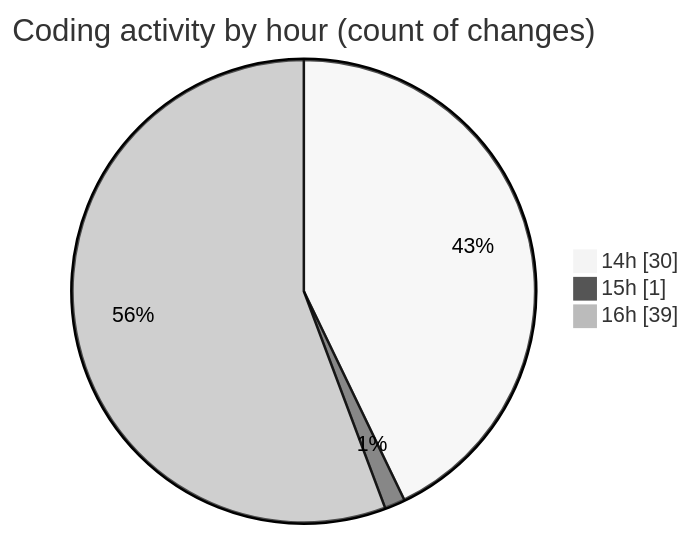
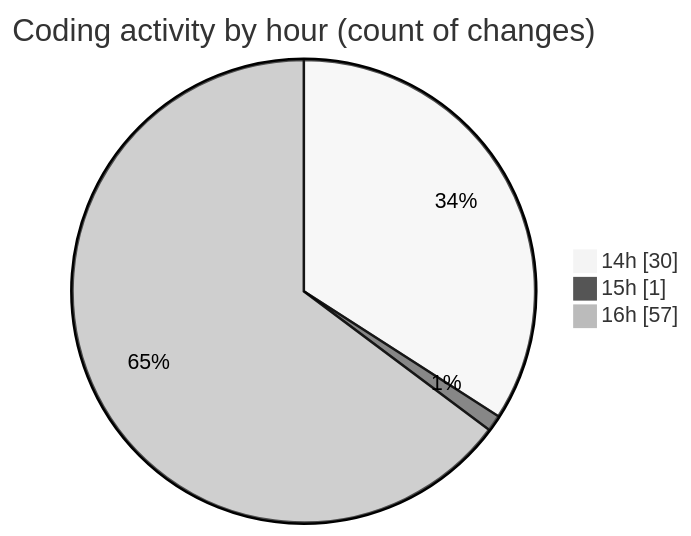
Before and after one commit to Ritupan-Deka/code-tracking: the second of 2 diagrams in 2025-05-03/projects/README.md, drawn with Mermaid (neutral theme). The commit also changed other lines of this file and 1 other file, not shown here.

````diff
--- a/2025-05-03/projects/README.md
+++ b/2025-05-03/projects/README.md
@@ -43,7 +43,7 @@
 ```mermaid
 pie showData
 title Coding activity by hour (count of changes)
 "14h" : 30
 "15h" : 1
-"16h" : 39
+"16h" : 57
 ```
````
